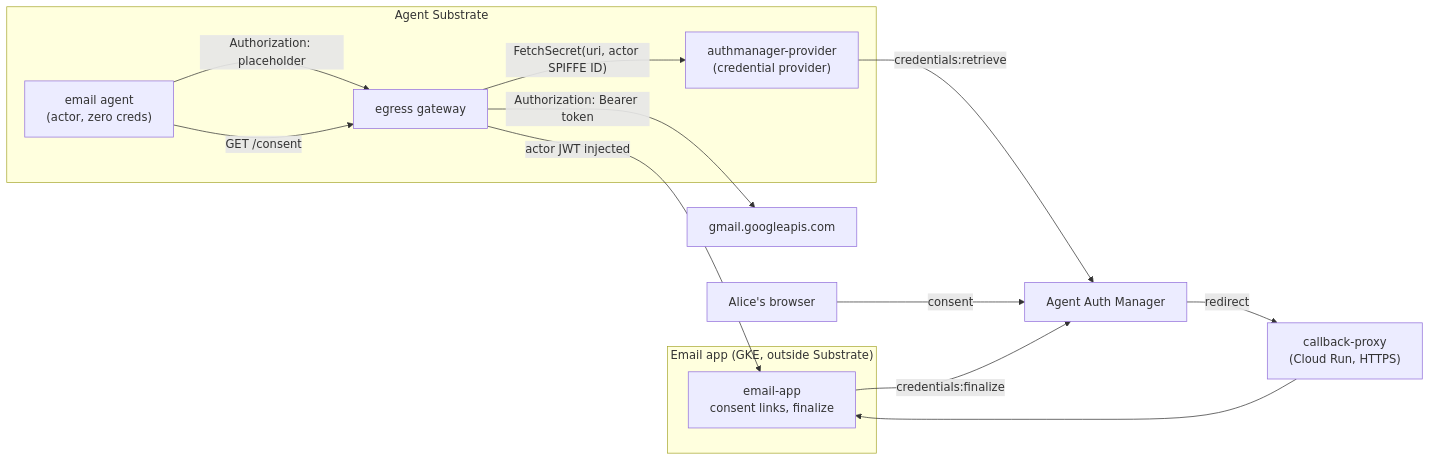
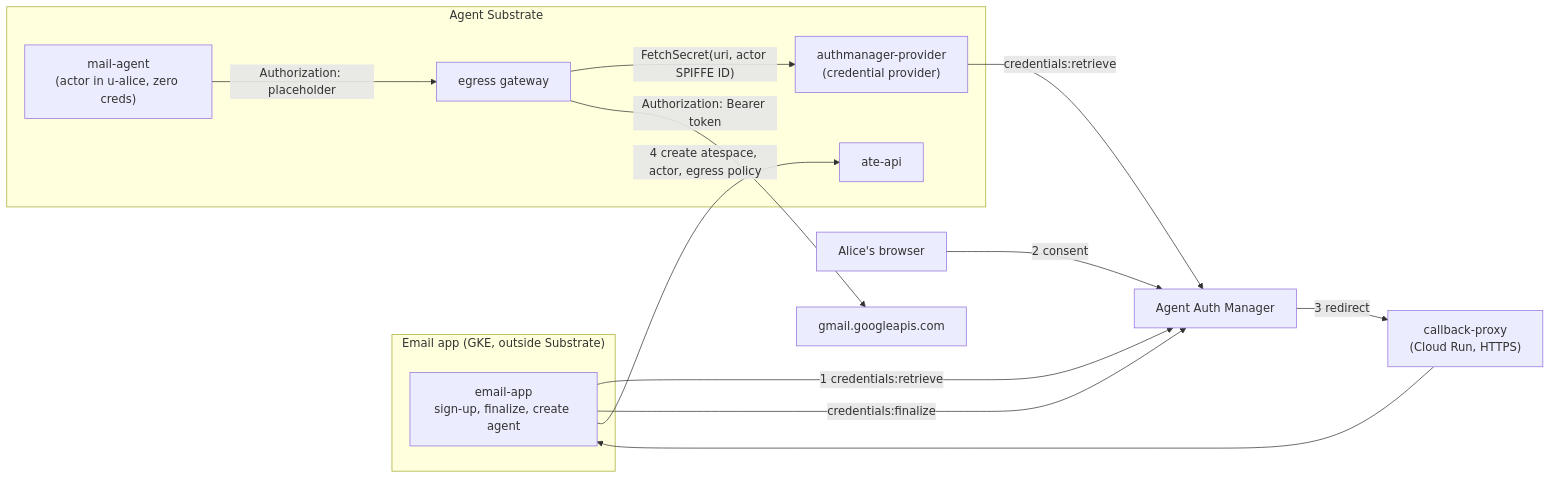
One commit to destijl/atecon-identity-2026 changed the diagram in README.md. Above: the diagram before and after it, drawn with Mermaid. The commit also changed other lines of this file and 32 other files, not shown here.

First line of the commit message:
Demo: sign-up flow creates the agent, then the request flow

````diff
--- a/README.md
+++ b/README.md
@@ -32,25 +34,26 @@
 ```mermaid
 flowchart LR
   subgraph app["Email app (GKE, outside Substrate)"]
-    ea["email-app<br/>consent links, finalize"]
+    ea["email-app<br/>sign-up, finalize, create agent"]
   end
   cr["callback-proxy<br/>(Cloud Run, HTTPS)"]
   subgraph sub["Agent Substrate"]
-    agent["email agent<br/>(actor, zero creds)"]
+    api["ate-api"]
+    agent["mail-agent<br/>(actor in u-alice, zero creds)"]
     gw["egress gateway"]
     prov["authmanager-provider<br/>(credential provider)"]
   end
   am["Agent Auth Manager"]
   gmail["gmail.googleapis.com"]
   user["Alice's browser"]
 
+  ea -->|"1 credentials:retrieve"| am
+  user -->|"2 consent"| am
+  am -->|"3 redirect"| cr --> ea
+  ea -->|"credentials:finalize"| am
+  ea -->|"4 create atespace, actor, egress policy"| api
   agent -->|"Authorization: placeholder"| gw
   gw -->|"FetchSecret(uri, actor SPIFFE ID)"| prov
   prov -->|"credentials:retrieve"| am
   gw -->|"Authorization: Bearer token"| gmail
-  agent -->|"GET /consent"| gw
-  gw -->|"actor JWT injected"| ea
-  user -->|"consent"| am
-  am -->|"redirect"| cr --> ea
-  ea -->|"credentials:finalize"| am
 ```
````
